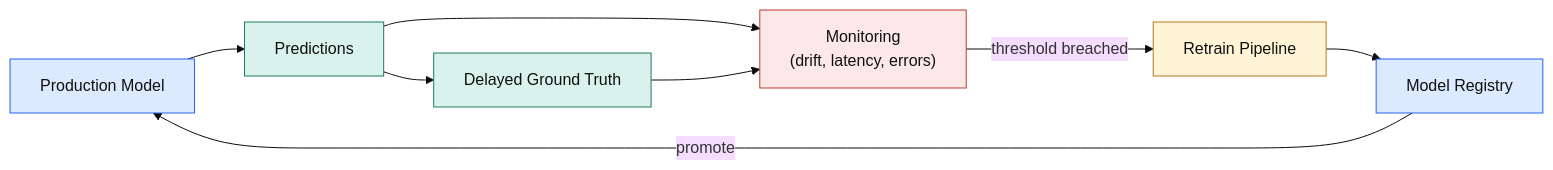
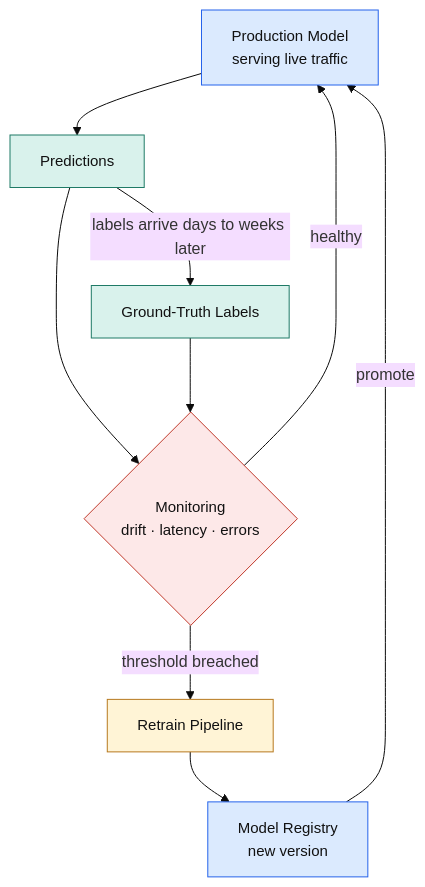
The fifth of 5 diagrams in data/blog/mlops-tooling-from-experiment-tracking-to-production.mdx (ashimsharma10/ashimsharma10.github.io), drawn with Mermaid (base theme) before and after one commit. The commit also changed other lines of this file and 7 other files, not shown here.

Commit message:
Refine MLOps writeup: enlarge monitoring figure, add tool logos, senior-review pass

````diff
--- a/data/blog/mlops-tooling-from-experiment-tracking-to-production.mdx
+++ b/data/blog/mlops-tooling-from-experiment-tracking-to-production.mdx
@@ -313,16 +341,17 @@
 ```mermaid
-flowchart LR
-    PM["Production Model"] --> PRED["Predictions"]
-    PRED --> MON["Monitoring<br/>(drift, latency, errors)"]
-    MON -->|threshold breached| RETRAIN["Retrain Pipeline"]
-    RETRAIN --> REG["Model Registry"]
-    REG -->|promote| PM
-    PRED --> LABELS["Delayed Ground Truth"]
-    LABELS --> MON
-    style PM fill:#DBEAFE,stroke:#2563EB,color:#111
-    style PRED fill:#D9F2EC,stroke:#1F7A66,color:#111
-    style MON fill:#FDE8E8,stroke:#C0392B,color:#111
-    style RETRAIN fill:#FFF4D6,stroke:#B7791F,color:#111
-    style REG fill:#DBEAFE,stroke:#2563EB,color:#111
-    style LABELS fill:#D9F2EC,stroke:#1F7A66,color:#111
+flowchart TD
+    PM["Production Model<br/>serving live traffic"] --> PRED["Predictions"]
+    PRED -->|"labels arrive days to weeks later"| LAB["Ground-Truth Labels"]
+    PRED --> MON{"Monitoring<br/>drift · latency · errors"}
+    LAB --> MON
+    MON -->|"healthy"| PM
+    MON -->|"threshold breached"| RT["Retrain Pipeline"]
+    RT --> REG["Model Registry<br/>new version"]
+    REG -->|"promote"| PM
+    style PM fill:#DBEAFE,stroke:#2563EB,color:#111,font-size:15px
+    style PRED fill:#D9F2EC,stroke:#1F7A66,color:#111,font-size:15px
+    style LAB fill:#D9F2EC,stroke:#1F7A66,color:#111,font-size:15px
+    style MON fill:#FDE8E8,stroke:#C0392B,color:#111,font-size:15px
+    style RT fill:#FFF4D6,stroke:#B7791F,color:#111,font-size:15px
+    style REG fill:#DBEAFE,stroke:#2563EB,color:#111,font-size:15px
 ```
````
